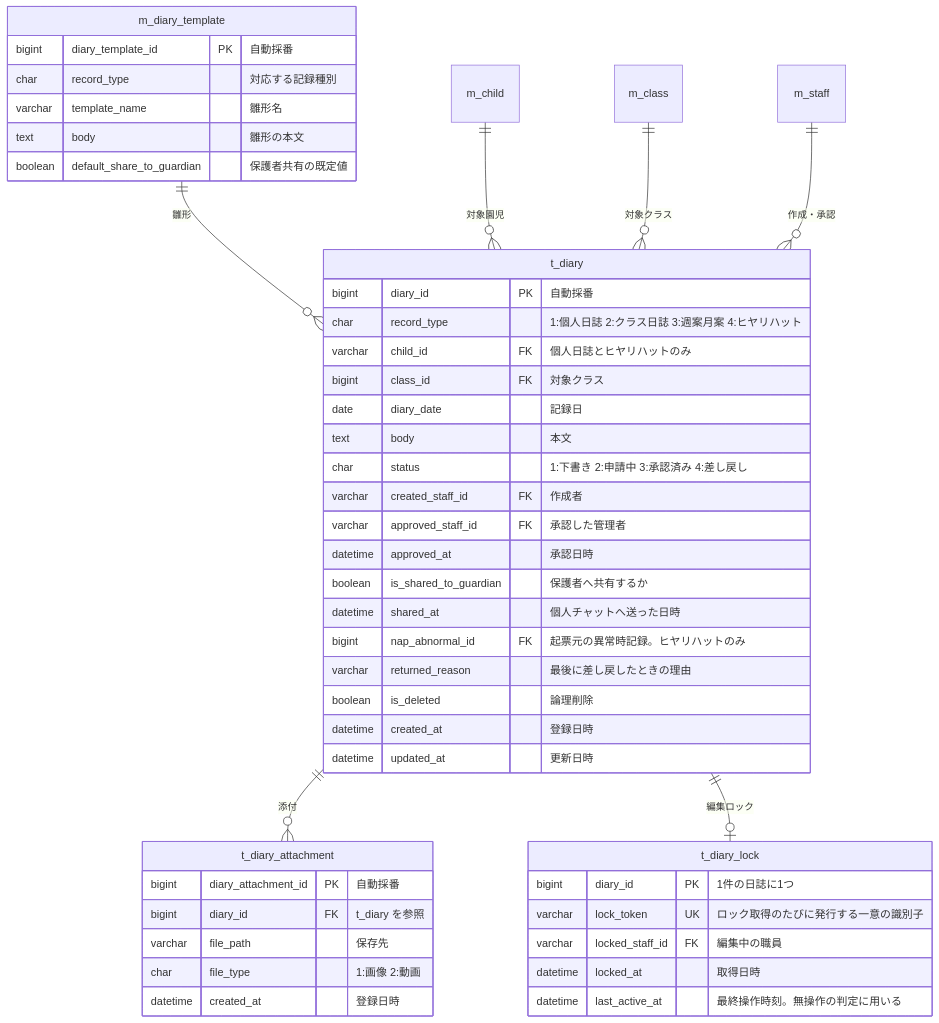
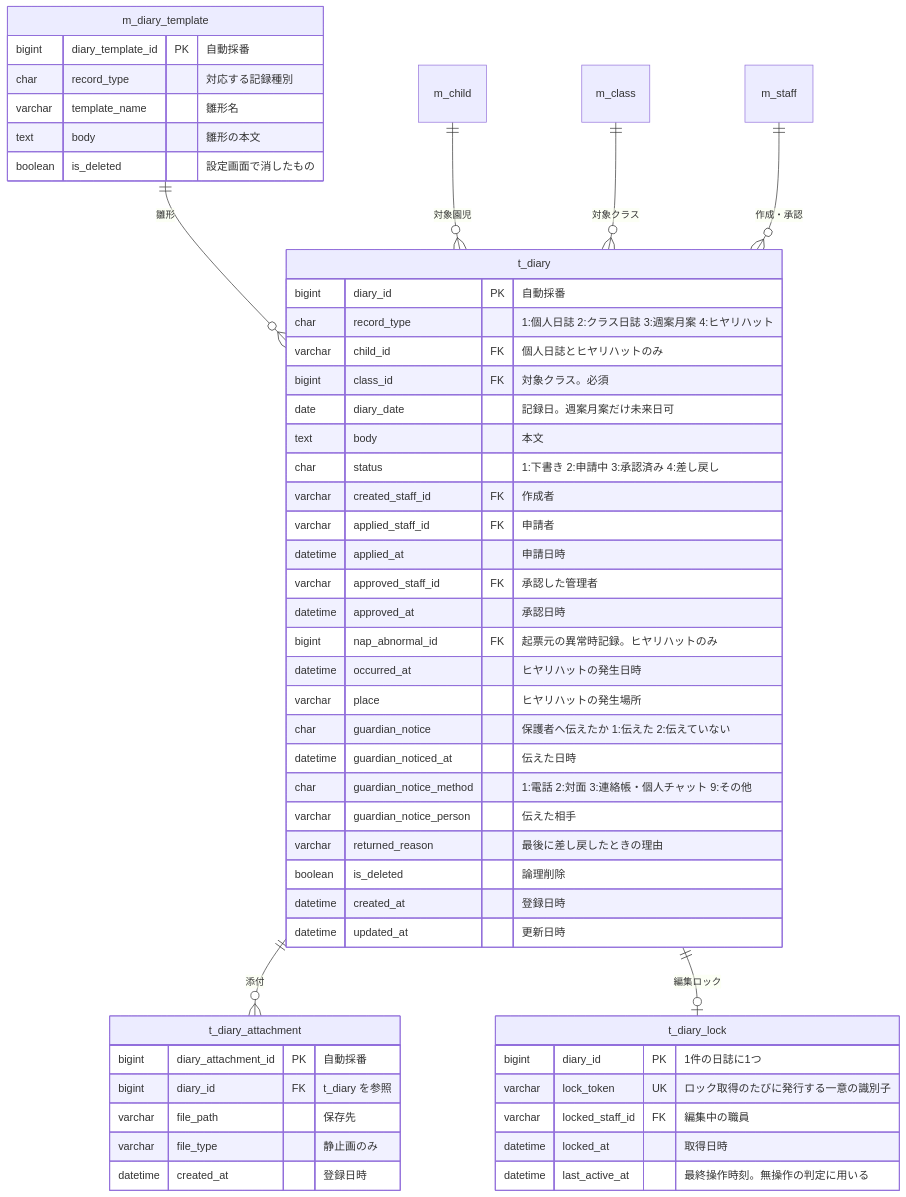
One commit to issei0423/sukusuku_system changed the fifth of 9 diagrams in 図/ER図.md. Above: the diagram before and after it, drawn with Mermaid. The commit also changed other lines of this file and 1 other file, not shown here.

First line of the commit message:
ER図 第2.0版：連絡帳のエリアと第3.0版の13の表・列を足し、共有の列と点線を外した。基本設計書 5章に園児の顔写真の列と、保護者へのひとことを関所の段2とすることを足した（UI の係の申し送り）

````diff
--- a/図/ER図.md
+++ b/図/ER図.md
@@ -245,50 +385,56 @@
 ```mermaid
 erDiagram
     t_diary ||--o{ t_diary_attachment : "添付"
     t_diary ||--o| t_diary_lock : "編集ロック"
     m_diary_template ||--o{ t_diary : "雛形"
     m_child ||--o{ t_diary : "対象園児"
     m_class ||--o{ t_diary : "対象クラス"
     m_staff ||--o{ t_diary : "作成・承認"
 
     t_diary {
         bigint diary_id PK "自動採番"
         char record_type "1:個人日誌 2:クラス日誌 3:週案月案 4:ヒヤリハット"
         varchar child_id FK "個人日誌とヒヤリハットのみ"
-        bigint class_id FK "対象クラス"
-        date diary_date "記録日"
+        bigint class_id FK "対象クラス。必須"
+        date diary_date "記録日。週案月案だけ未来日可"
         text body "本文"
         char status "1:下書き 2:申請中 3:承認済み 4:差し戻し"
         varchar created_staff_id FK "作成者"
+        varchar applied_staff_id FK "申請者"
+        datetime applied_at "申請日時"
         varchar approved_staff_id FK "承認した管理者"
         datetime approved_at "承認日時"
-        boolean is_shared_to_guardian "保護者へ共有するか"
-        datetime shared_at "個人チャットへ送った日時"
         bigint nap_abnormal_id FK "起票元の異常時記録。ヒヤリハットのみ"
+        datetime occurred_at "ヒヤリハットの発生日時"
+        varchar place "ヒヤリハットの発生場所"
+        char guardian_notice "保護者へ伝えたか 1:伝えた 2:伝えていない"
+        datetime guardian_noticed_at "伝えた日時"
+        char guardian_notice_method "1:電話 2:対面 3:連絡帳・個人チャット 9:その他"
+        varchar guardian_notice_person "伝えた相手"
         varchar returned_reason "最後に差し戻したときの理由"
         boolean is_deleted "論理削除"
         datetime created_at "登録日時"
         datetime updated_at "更新日時"
     }
     t_diary_attachment {
         bigint diary_attachment_id PK "自動採番"
         bigint diary_id FK "t_diary を参照"
         varchar file_path "保存先"
-        char file_type "1:画像 2:動画"
+        varchar file_type "静止画のみ"
         datetime created_at "登録日時"
     }
     t_diary_lock {
         bigint diary_id PK "1件の日誌に1つ"
         varchar lock_token UK "ロック取得のたびに発行する一意の識別子"
         varchar locked_staff_id FK "編集中の職員"
         datetime locked_at "取得日時"
         datetime last_active_at "最終操作時刻。無操作の判定に用いる"
     }
     m_diary_template {
         bigint diary_template_id PK "自動採番"
         char record_type "対応する記録種別"
         varchar template_name "雛形名"
         text body "雛形の本文"
-        boolean default_share_to_guardian "保護者共有の既定値"
+        boolean is_deleted "設定画面で消したもの"
     }
 ```
````
